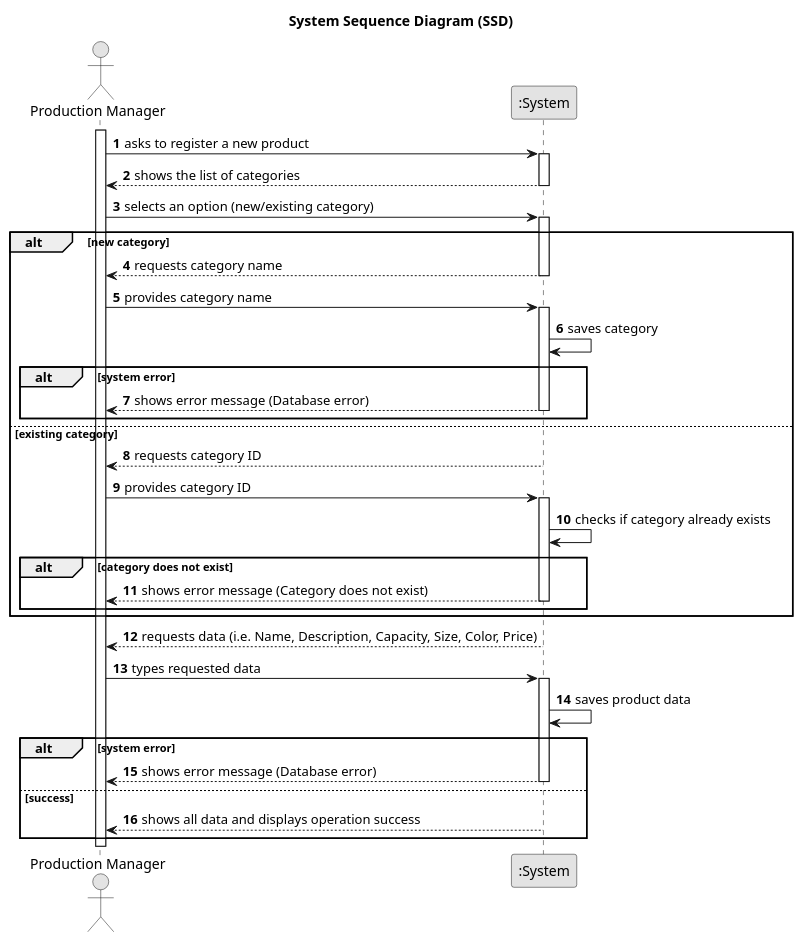
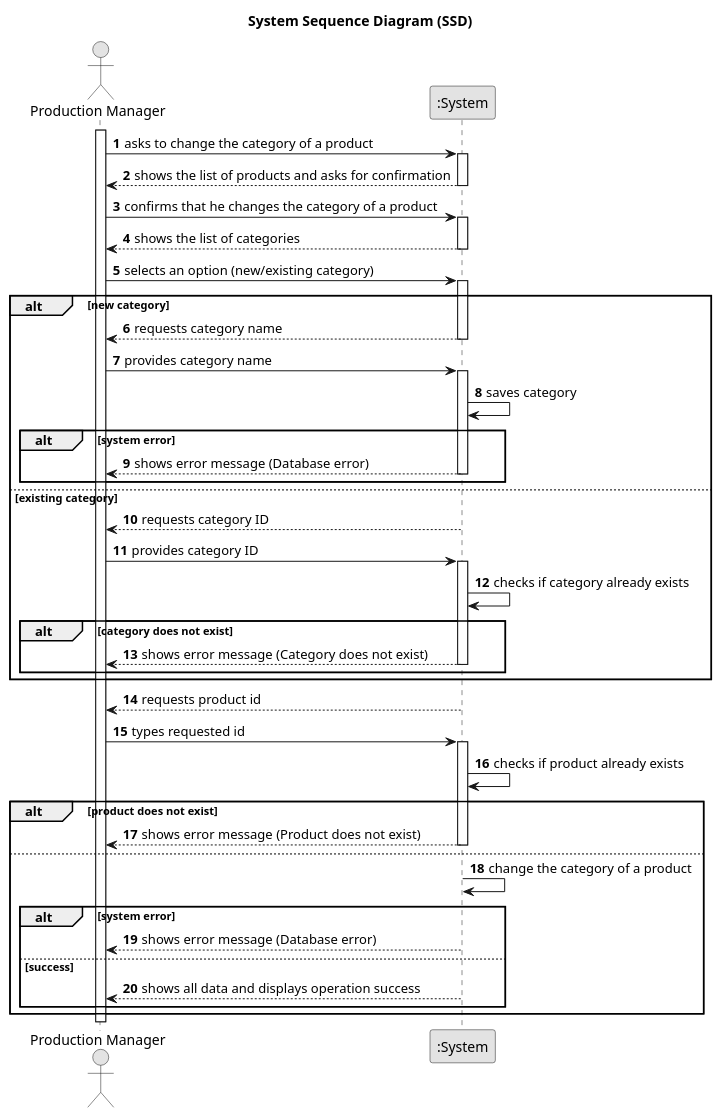
The diagram in documentation/user-stories/us011/01.requirements-engineering/puml/us011-system-sequence-diagram.puml (daniel41silva05/Production_Control_Industrial_ISEP), drawn with PlantUML before and after one commit. The commit also changed 9 other files, not shown here.

```diff
--- a/documentation/user-stories/us011/01.requirements-engineering/puml/us011-system-sequence-diagram.puml
+++ b/documentation/user-stories/us011/01.requirements-engineering/puml/us011-system-sequence-diagram.puml
@@ -1,67 +1,80 @@
 @startuml
 skinparam monochrome true
 skinparam packageStyle rectangle
 skinparam shadowing false
 
 title System Sequence Diagram (SSD)
 
 autonumber
 
 actor "Production Manager" as PM
 participant ":System" as System
 
 activate PM
 
-    PM -> System : asks to register a new product
+    PM -> System : asks to change the category of a product
+    activate System
+
+        System --> PM : shows the list of products and asks for confirmation
+    deactivate System
+
+    PM -> System : confirms that he changes the category of a product
     activate System
 
         System --> PM : shows the list of categories
     deactivate System
 
     PM -> System : selects an option (new/existing category)
     activate System
 
     alt new category
 
             System --> PM : requests category name
             deactivate System
 
             PM -> System : provides category name
             activate System
 
             System -> System : saves category
                 alt system error
                     System --> PM : shows error message (Database error)
                     deactivate System
                 end
 
     else existing category
 
         System --> PM : requests category ID
         deactivate System
 
         PM -> System : provides category ID
         activate System
 
         System -> System : checks if category already exists
             alt category does not exist
                     System --> PM : shows error message (Category does not exist)
                 deactivate System
             end
     end
 
-        System --> PM : requests data (i.e. Name, Description, Capacity, Size, Color, Price)
+        System --> PM : requests product id
     deactivate System
 
-    PM -> System : types requested data
+    PM -> System : types requested id
     activate System
 
-                System -> System : saves product data
+    System -> System : checks if product already exists
+        alt product does not exist
+                System --> PM : shows error message (Product does not exist)
+            deactivate System
+        else
+
+                System -> System : change the category of a product
                 alt system error
                     System --> PM : shows error message (Database error)
                     deactivate System
                 else success
                     System --> PM : shows all data and displays operation success
                     deactivate System
                 end
+        end
 @enduml
```
